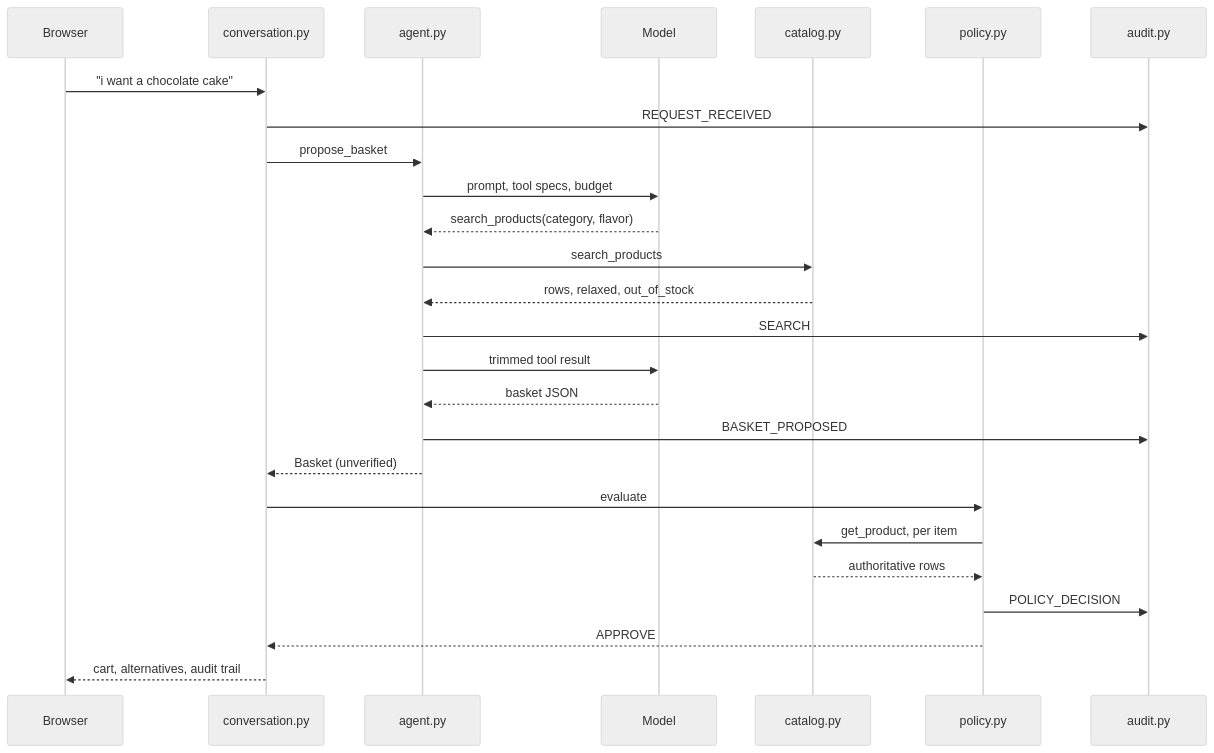
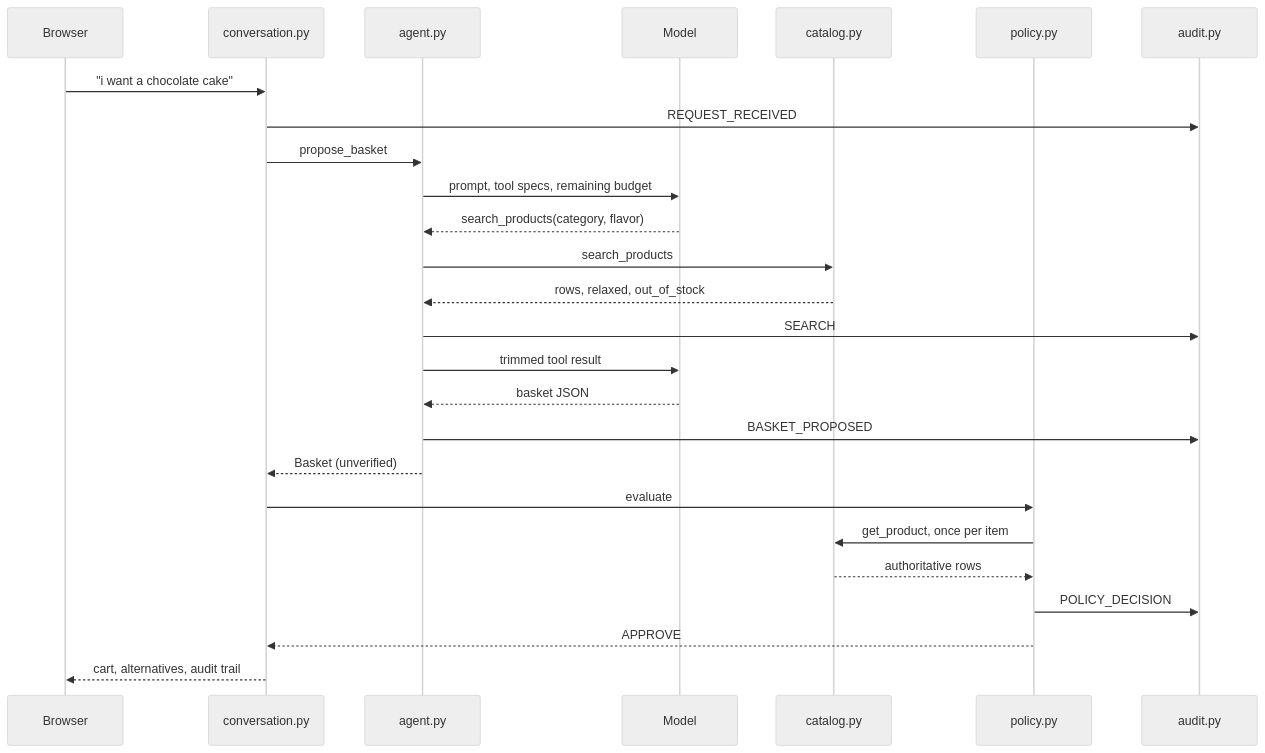
Before and after one commit to akriti706/Agentic-Bakery: the fourth of 8 diagrams in ARCHITECTURE.MD, drawn with Mermaid (neutral theme). The commit also changed other lines of this file and 2 other files, not shown here.

````diff
--- a/ARCHITECTURE.MD
+++ b/ARCHITECTURE.MD
@@ -212,29 +211,29 @@
 ```mermaid
 sequenceDiagram
     participant U as Browser
     participant C as conversation.py
     participant AG as agent.py
     participant M as Model
     participant CAT as catalog.py
     participant P as policy.py
     participant AU as audit.py
 
     U->>C: "i want a chocolate cake"
     C->>AU: REQUEST_RECEIVED
     C->>AG: propose_basket
-    AG->>M: prompt, tool specs, budget
+    AG->>M: prompt, tool specs, remaining budget
     M-->>AG: search_products(category, flavor)
     AG->>CAT: search_products
     CAT-->>AG: rows, relaxed, out_of_stock
     AG->>AU: SEARCH
     AG->>M: trimmed tool result
     M-->>AG: basket JSON
     AG->>AU: BASKET_PROPOSED
     AG-->>C: Basket (unverified)
     C->>P: evaluate
-    P->>CAT: get_product, per item
+    P->>CAT: get_product, once per item
     CAT-->>P: authoritative rows
     P->>AU: POLICY_DECISION
     P-->>C: APPROVE
     C-->>U: cart, alternatives, audit trail
 ```
````
